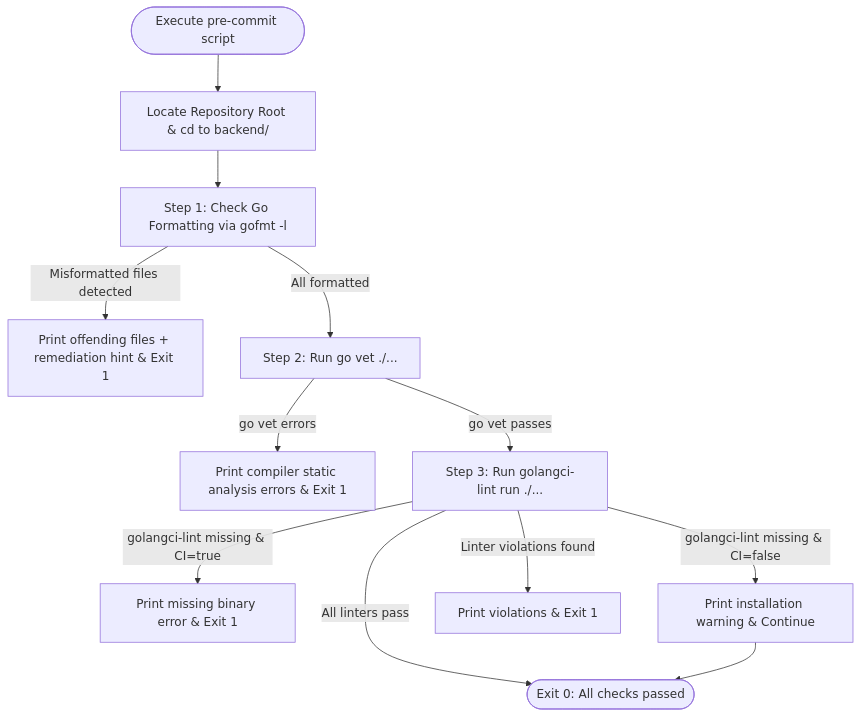
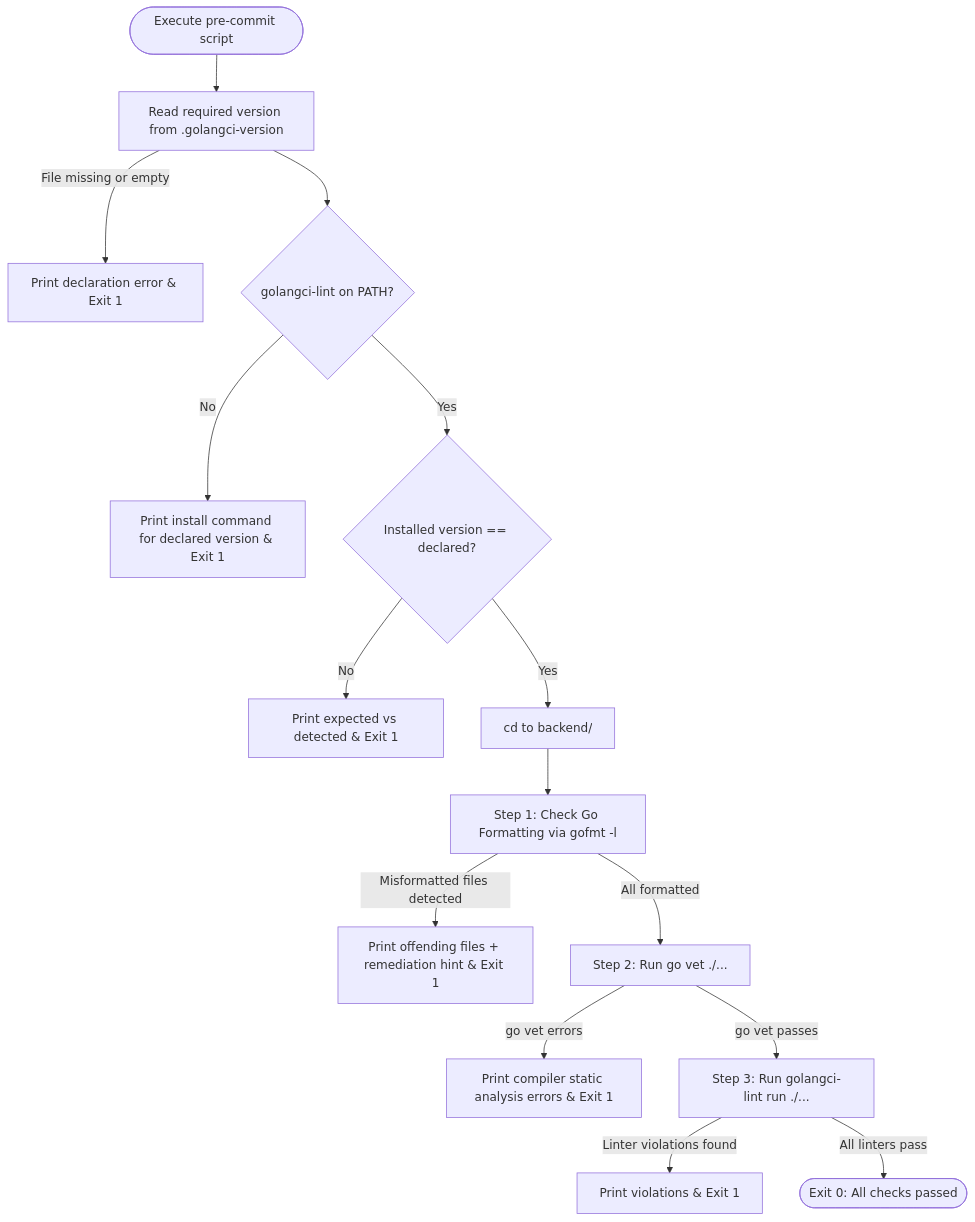
The diagram in specs/001-github-actions-ci/contracts/precommit-hook.md (nicotorboli/2026s2-desapp-NoSePudo), drawn with Mermaid before and after one commit. The commit also changed other lines of this file and 8 other files, not shown here.

First line of the commit message:
docs: alinear spec, plan y constitucion con el hook de pre-commit unico

````diff
--- a/specs/001-github-actions-ci/contracts/precommit-hook.md
+++ b/specs/001-github-actions-ci/contracts/precommit-hook.md
@@ -31,14 +39,17 @@
 ```mermaid
 flowchart TD
-    Start([Execute pre-commit script]) --> LocateRoot[Locate Repository Root & cd to backend/]
+    Start([Execute pre-commit script]) --> ReadVersion[Read required version from .golangci-version]
+    ReadVersion -->|File missing or empty| FailDecl[Print declaration error & Exit 1]
+    ReadVersion --> CheckPresent{golangci-lint on PATH?}
+    CheckPresent -->|No| FailMissing[Print install command for declared version & Exit 1]
+    CheckPresent -->|Yes| CheckVersion{Installed version == declared?}
+    CheckVersion -->|No| FailVersion[Print expected vs detected & Exit 1]
+    CheckVersion -->|Yes| LocateRoot[cd to backend/]
     LocateRoot --> Step1[Step 1: Check Go Formatting via gofmt -l]
     Step1 -->|Misformatted files detected| FailFmt[Print offending files + remediation hint & Exit 1]
     Step1 -->|All formatted| Step2[Step 2: Run go vet ./...]
     Step2 -->|go vet errors| FailVet[Print compiler static analysis errors & Exit 1]
     Step2 -->|go vet passes| Step3[Step 3: Run golangci-lint run ./...]
-    Step3 -->|golangci-lint missing & CI=true| FailLintMissing[Print missing binary error & Exit 1]
-    Step3 -->|golangci-lint missing & CI=false| WarnLintMissing[Print installation warning & Continue]
     Step3 -->|Linter violations found| FailLint[Print violations & Exit 1]
     Step3 -->|All linters pass| Success([Exit 0: All checks passed])
-    WarnLintMissing --> Success
 ```
````
